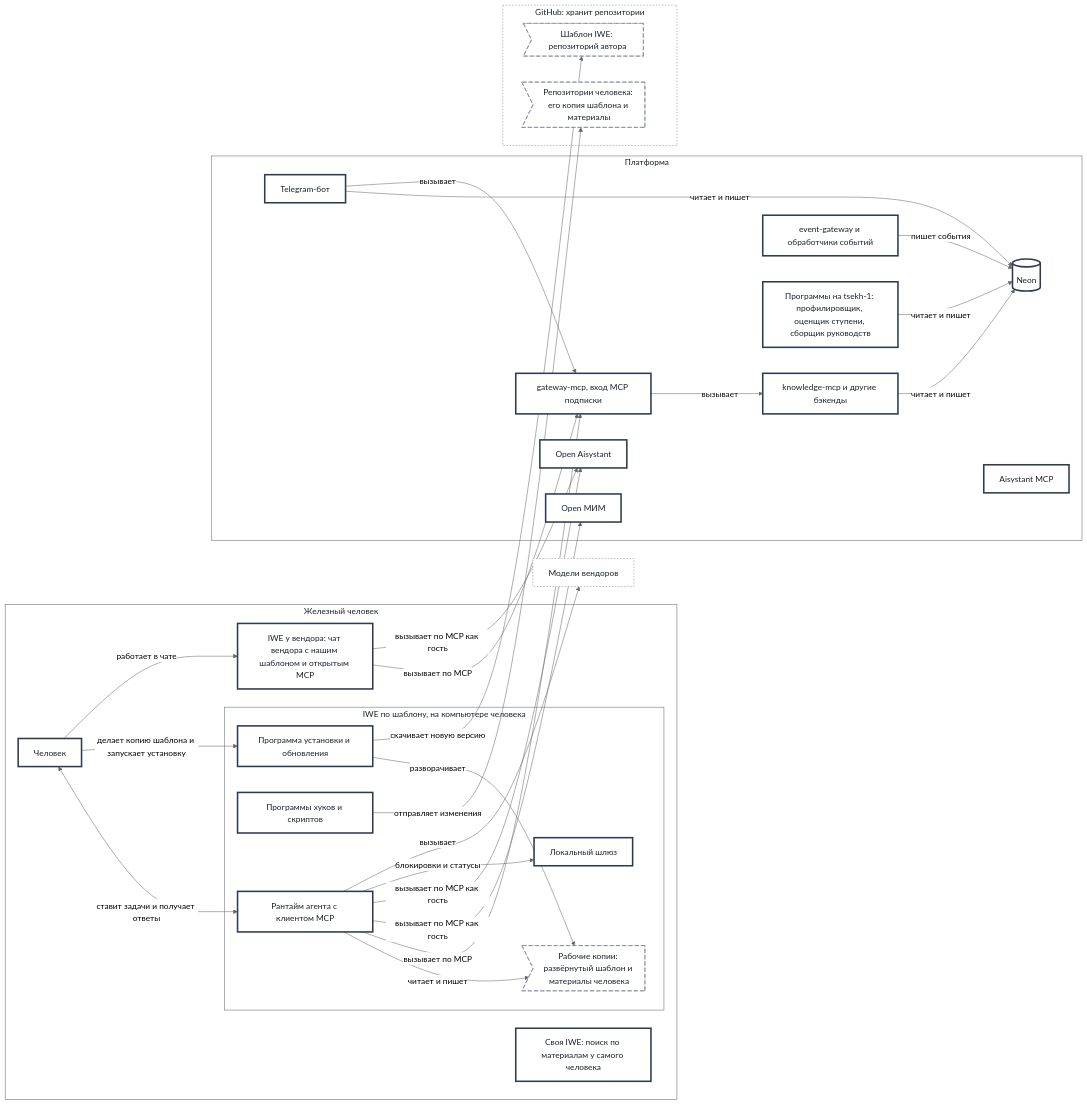
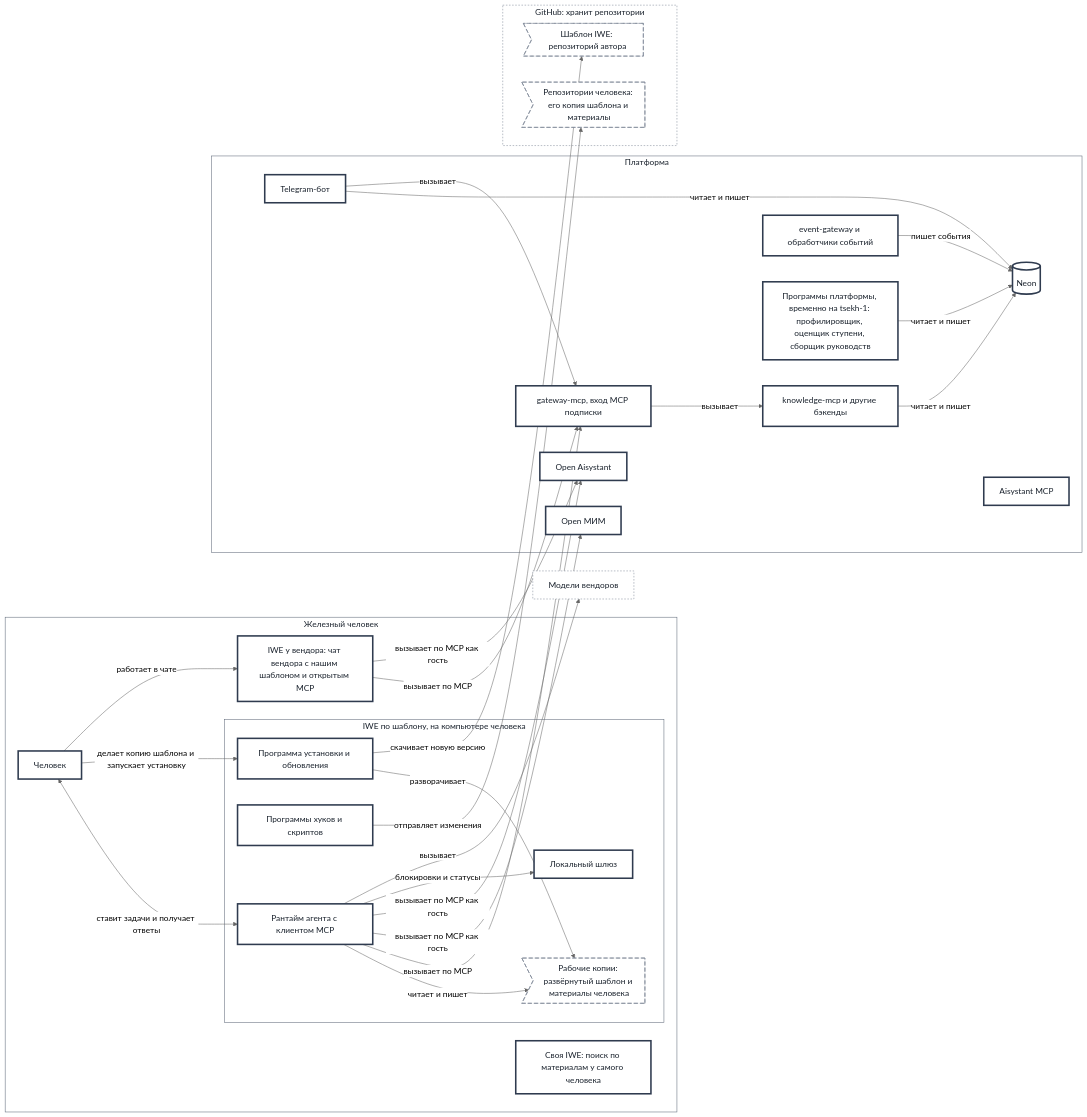
Before and after one commit to MimEcoSys/PACK-digital-platform: the second of 2 diagrams in pack/digital-platform/02-domain-entities/DP.ARCH.001-platform-architecture.md, drawn with Mermaid (neutral theme). The commit also changed other lines of this file and 1 other file, not shown here.

First line of the commit message:
fix(DP.ARCH.001, DP.MAP.005): правки по внешнему ревью — подсистемы, граница, tsekh-1, измерения

````diff
--- a/pack/digital-platform/02-domain-entities/DP.ARCH.001-platform-architecture.md
+++ b/pack/digital-platform/02-domain-entities/DP.ARCH.001-platform-architecture.md
@@ -184,57 +188,57 @@
 ```mermaid
 flowchart LR
   classDef sys fill:#ffffff,stroke:#2f3b4f,stroke-width:3px,color:#18202b
   classDef env fill:#ffffff,stroke:#7a8494,stroke-width:1px,stroke-dasharray:3 3,color:#18202b
   classDef doc fill:#ffffff,stroke:#7a8494,stroke-width:1px,stroke-dasharray:8 4,color:#18202b
   subgraph IH["Железный человек"]
     H["Человек"]:::sys
     subgraph IWE2["IWE по шаблону, на компьютере человека"]
       RT["Рантайм агента с клиентом MCP"]:::sys
       LG["Локальный шлюз"]:::sys
       SCR["Программы хуков и скриптов"]:::sys
       UPD["Программа установки и обновления"]:::sys
       LC>"Рабочие копии: развёрнутый шаблон и материалы человека"]:::doc
     end
     VC["IWE у вендора: чат вендора с нашим шаблоном и открытым MCP"]:::sys
     OWN["Своя IWE: поиск по материалам у самого человека"]:::sys
   end
   subgraph P["Платформа"]
     GW["gateway-mcp, вход MCP подписки"]:::sys
     KN["knowledge-mcp и другие бэкенды"]:::sys
     BOT["Telegram-бот"]:::sys
     EV["event-gateway и обработчики событий"]:::sys
     DB[("Neon")]:::sys
-    TS["Программы на tsekh-1: профилировщик, оценщик ступени, сборщик руководств"]:::sys
+    TS["Программы платформы, временно на tsekh-1: профилировщик, оценщик ступени, сборщик руководств"]:::sys
     OPEN["Open МИМ"]:::sys
     OPA["Open Aisystant"]:::sys
     AIM["Aisystant MCP"]:::sys
   end
   subgraph GHB["GitHub: хранит репозитории"]
     T>"Шаблон IWE: репозиторий автора"]:::doc
     UR>"Репозитории человека: его копия шаблона и материалы"]:::doc
   end
   MODEL["Модели вендоров"]:::env
   H <-->|ставит задачи и получает ответы| RT
   H -->|делает копию шаблона и запускает установку| UPD
   H -->|работает в чате| VC
   RT -->|читает и пишет| LC
   RT -->|вызывает по MCP| GW
   RT -->|вызывает по MCP как гость| OPEN
   RT -->|вызывает по MCP как гость| OPA
   RT -->|блокировки и статусы| LG
   RT -->|вызывает| MODEL
   VC -->|вызывает по MCP| GW
   VC -->|вызывает по MCP как гость| OPA
   UPD -->|разворачивает| LC
   UPD -->|скачивает новую версию| T
   SCR -->|отправляет изменения| UR
   GW -->|вызывает| KN -->|читает и пишет| DB
   BOT -->|читает и пишет| DB
   BOT -->|вызывает| GW
   EV -->|пишет события| DB
   TS -->|читает и пишет| DB
   style IH fill:#ffffff,stroke:#5a6575,color:#18202b
   style IWE2 fill:#ffffff,stroke:#5a6575,color:#18202b
   style P fill:#ffffff,stroke:#5a6575,color:#18202b
   style GHB fill:#ffffff,stroke:#7a8494,stroke-dasharray:3 3,color:#18202b
 ```
````
